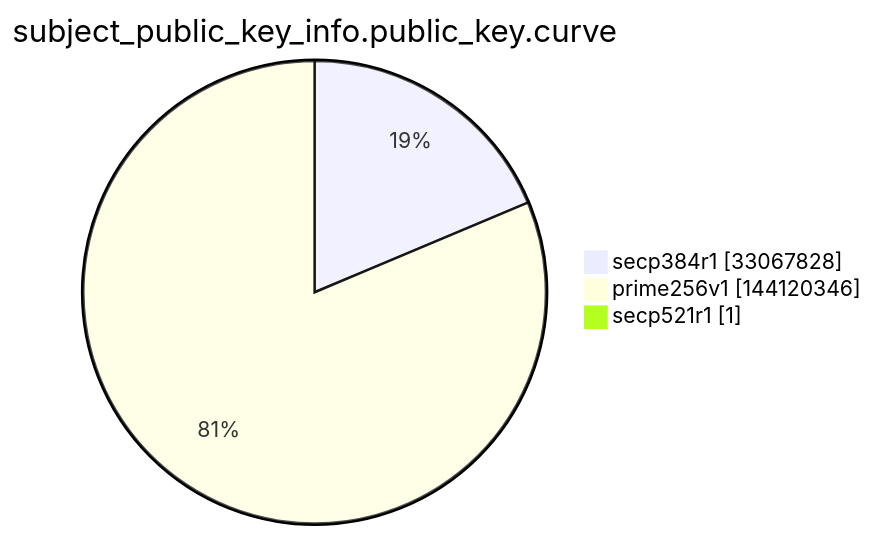
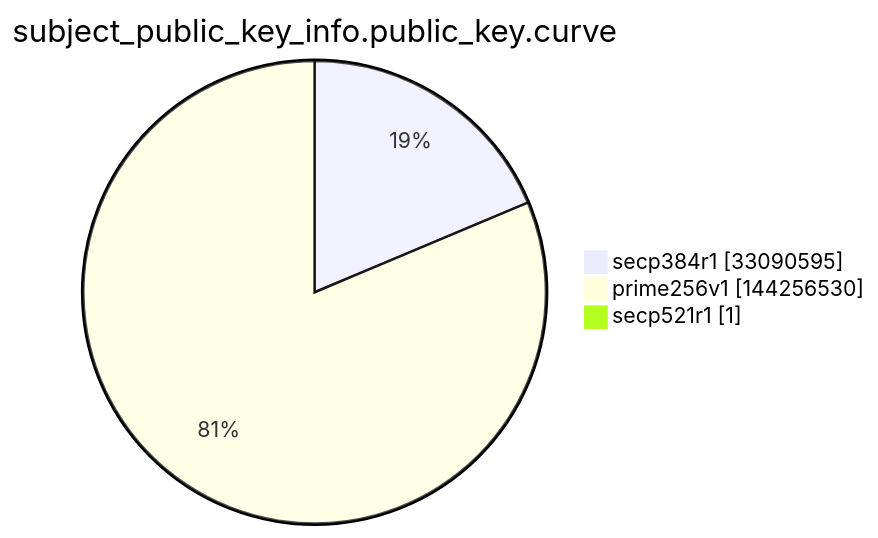
The ninth of 15 diagrams in argon2022/README.md (christiankrug/ctmonitor_visualization), drawn with Mermaid before and after one commit. The commit also changed other lines of this file, not shown here.

````diff
--- a/argon2022/README.md
+++ b/argon2022/README.md
@@ -2764,7 +2764,7 @@
 ```mermaid
 pie showData
 title subject_public_key_info.public_key.curve
-"secp384r1" :33067828
-"prime256v1" :144120346
+"secp384r1" :33090595
+"prime256v1" :144256530
 "secp521r1" :1
 ```
````
